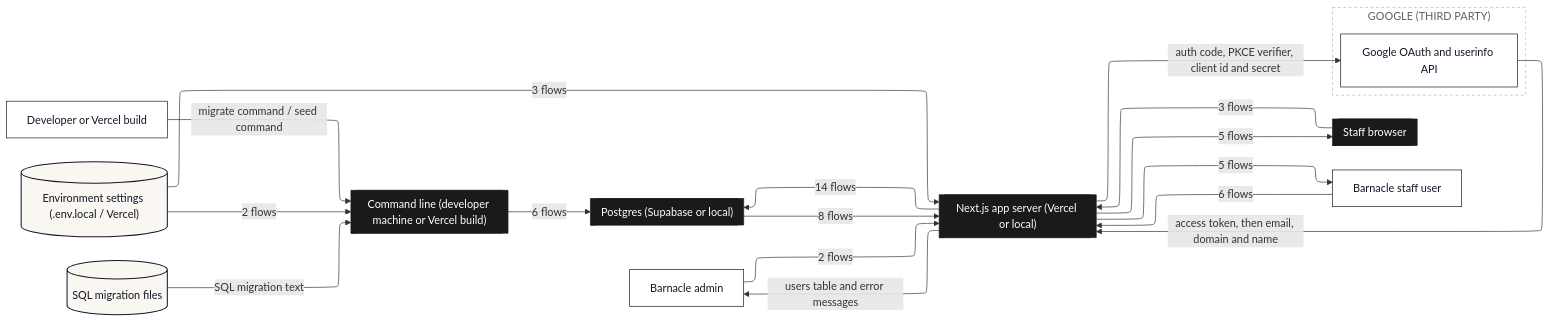
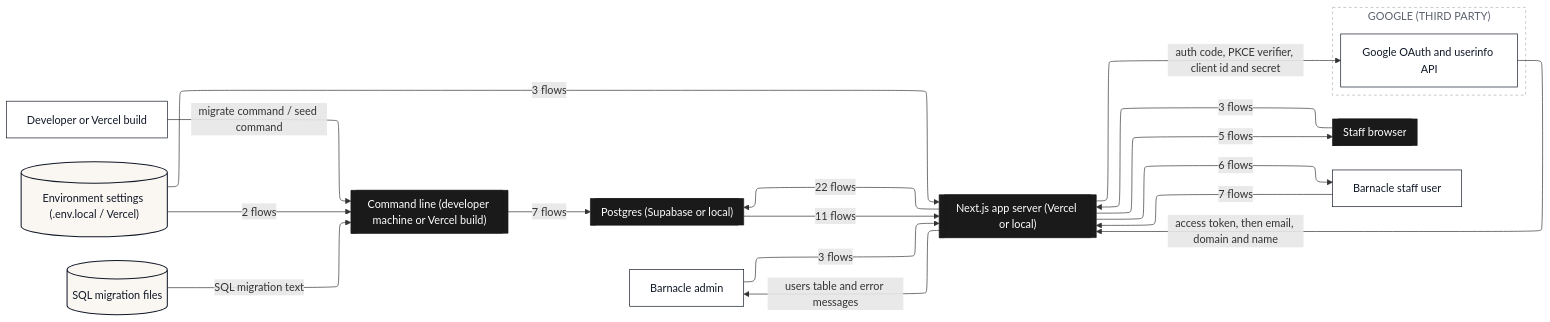
Before and after one commit to Romain-Perche/Barnacle-Pipe: the second of 9 diagrams in dataflow/DATAFLOW.md, drawn with Mermaid. The commit also changed other lines of this file and 12 other files, not shown here.

````diff
--- a/dataflow/DATAFLOW.md
+++ b/dataflow/DATAFLOW.md
@@ -77,44 +85,44 @@
 ```mermaid
 ---
 config:
   layout: elk
 ---
 flowchart LR
     n1[["Next.js app server (Vercel or local)"]]
     n2[["Staff browser"]]
     n3[["Command line (developer machine or Vercel build)"]]
     n4[["Postgres (Supabase or local)"]]
     n5["Barnacle admin"]
     n6["Developer or Vercel build"]
     n7[("Environment settings (.env.local / Vercel)")]
     n8[("SQL migration files")]
     n9["Barnacle staff user"]
     subgraph z1["GOOGLE (THIRD PARTY)"]
         n10["Google OAuth and userinfo API"]
     end
-    n5 -->|"2 flows"| n1
-    n1 -->|"5 flows"| n9
+    n5 -->|"3 flows"| n1
+    n1 -->|"6 flows"| n9
     n2 -->|"3 flows"| n1
-    n1 -->|"14 flows"| n4
-    n4 -->|"8 flows"| n1
+    n1 -->|"22 flows"| n4
+    n4 -->|"11 flows"| n1
     n6 -->|"migrate command / seed command"| n3
     n7 -->|"3 flows"| n1
     n7 -->|"2 flows"| n3
     n1 -->|"5 flows"| n2
     n1 -->|"auth code, PKCE verifier, client id and secret"| n10
     n10 -->|"access token, then email, domain and name"| n1
-    n3 -->|"6 flows"| n4
+    n3 -->|"7 flows"| n4
     n8 -->|"SQL migration text"| n3
-    n9 -->|"6 flows"| n1
+    n9 -->|"7 flows"| n1
     n1 -->|"users table and error messages"| n5
     classDef actor fill:#FFFFFF,stroke:#111827,stroke-width:1px,color:#111827
     classDef process fill:#EDEAFF,stroke:#2B00FF,stroke-width:1.5px,color:#111827
     classDef store fill:#FAF6F1,stroke:#111827,stroke-width:1.5px,color:#111827
     classDef zone fill:#1A1A1A,stroke:#1A1A1A,color:#FFFFFF
     classDef group fill:#2B00FF,stroke:#2B00FF,color:#FFFFFF
     classDef stub fill:#FFFFFF,stroke:#2B00FF,stroke-width:1.5px,stroke-dasharray:5 4,color:#2B00FF
     class n5,n6,n9,n10 actor
     class n7,n8 store
     class n1,n2,n3,n4 zone
     style z1 fill:#FFFFFF,stroke:#B9B2A8,stroke-dasharray:4 4,color:#5D6270
 ```
````
